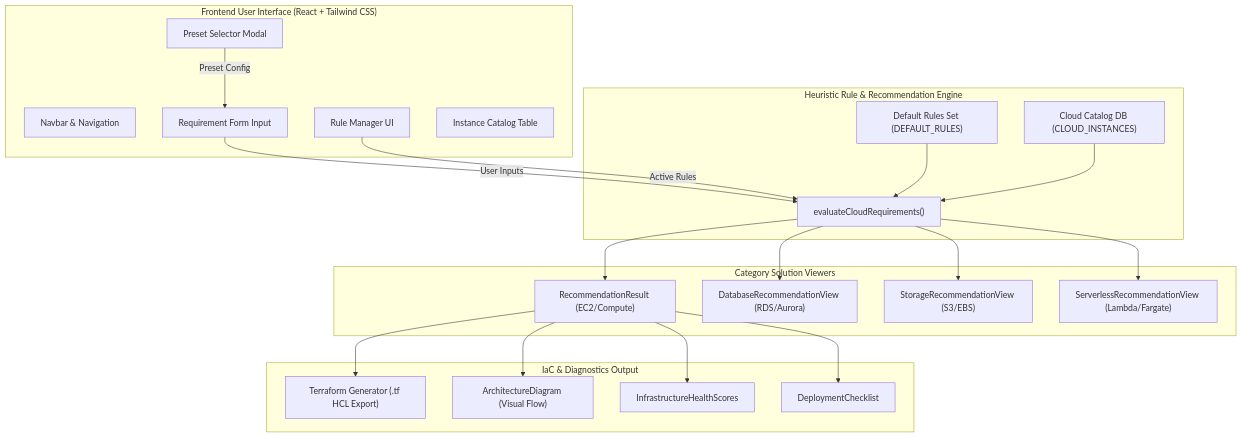
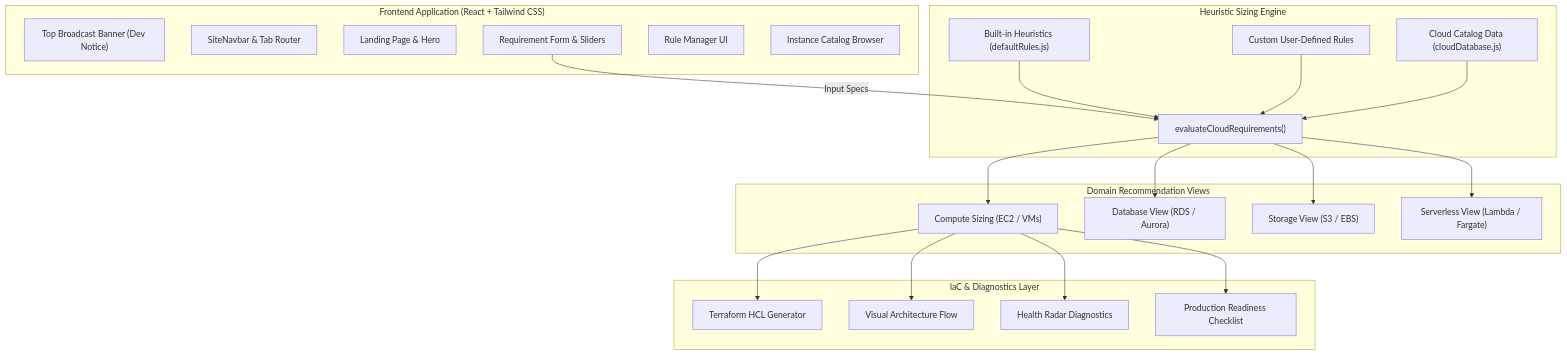
The first of 2 diagrams in README.md (Ismail-dcode/InfraSense), drawn with Mermaid before and after one commit. The commit also changed other lines of this file, not shown here.

````diff
--- a/README.md
+++ b/README.md
@@ -124,44 +119,45 @@
 ```mermaid
 graph TD
-    subgraph UI_Layer ["Frontend User Interface (React + Tailwind CSS)"]
-        Nav["Navbar & Navigation"]
-        Presets["Preset Selector Modal"]
-        ReqForm["Requirement Form Input"]
+    subgraph UI_Layer ["Frontend Application (React + Tailwind CSS)"]
+        Banner["Top Broadcast Banner (Dev Notice)"]
+        Nav["SiteNavbar & Tab Router"]
+        Landing["Landing Page & Hero"]
+        ReqForm["Requirement Form & Sliders"]
         RuleMgr["Rule Manager UI"]
-        CatalogUI["Instance Catalog Table"]
+        CatalogUI["Instance Catalog Browser"]
     end
 
-    subgraph Core_Engine ["Heuristic Rule & Recommendation Engine"]
+    subgraph Core_Engine ["Heuristic Sizing Engine"]
         Engine["evaluateCloudRequirements()"]
-        RulesData["Default Rules Set (DEFAULT_RULES)"]
-        CloudDB["Cloud Catalog DB (CLOUD_INSTANCES)"]
+        RulesData["Built-in Heuristics (defaultRules.js)"]
+        CloudDB["Cloud Catalog Data (cloudDatabase.js)"]
+        UserRules["Custom User-Defined Rules"]
     end
 
-    subgraph Service_Viewers ["Category Solution Viewers"]
-        ComputeView["RecommendationResult (EC2/Compute)"]
-        DBView["DatabaseRecommendationView (RDS/Aurora)"]
-        StorageView["StorageRecommendationView (S3/EBS)"]
-        ServerlessView["ServerlessRecommendationView (Lambda/Fargate)"]
+    subgraph Service_Viewers ["Domain Recommendation Views"]
+        ComputeView["Compute Sizing (EC2 / VMs)"]
+        DBView["Database View (RDS / Aurora)"]
+        StorageView["Storage View (S3 / EBS)"]
+        ServerlessView["Serverless View (Lambda / Fargate)"]
     end
 
-    subgraph Output_Layer ["IaC & Diagnostics Output"]
-        Terraform["Terraform Generator (.tf HCL Export)"]
-        Topology["ArchitectureDiagram (Visual Flow)"]
-        HealthScore["InfrastructureHealthScores"]
-        Checklist["DeploymentChecklist"]
+    subgraph Output_Diagnostics ["IaC & Diagnostics Layer"]
+        Terraform["Terraform HCL Generator"]
+        Topology["Visual Architecture Flow"]
+        HealthScore["Health Radar Diagnostics"]
+        Checklist["Production Readiness Checklist"]
     end
 
-    ReqForm -->|User Inputs| Engine
-    Presets -->|Preset Config| ReqForm
-    RuleMgr -->|Active Rules| Engine
+    ReqForm -->|Input Specs| Engine
     RulesData --> Engine
+    UserRules --> Engine
     CloudDB --> Engine
     Engine --> ComputeView
     Engine --> DBView
     Engine --> StorageView
     Engine --> ServerlessView
     ComputeView --> Terraform
     ComputeView --> Topology
     ComputeView --> HealthScore
     ComputeView --> Checklist
 ```
````
